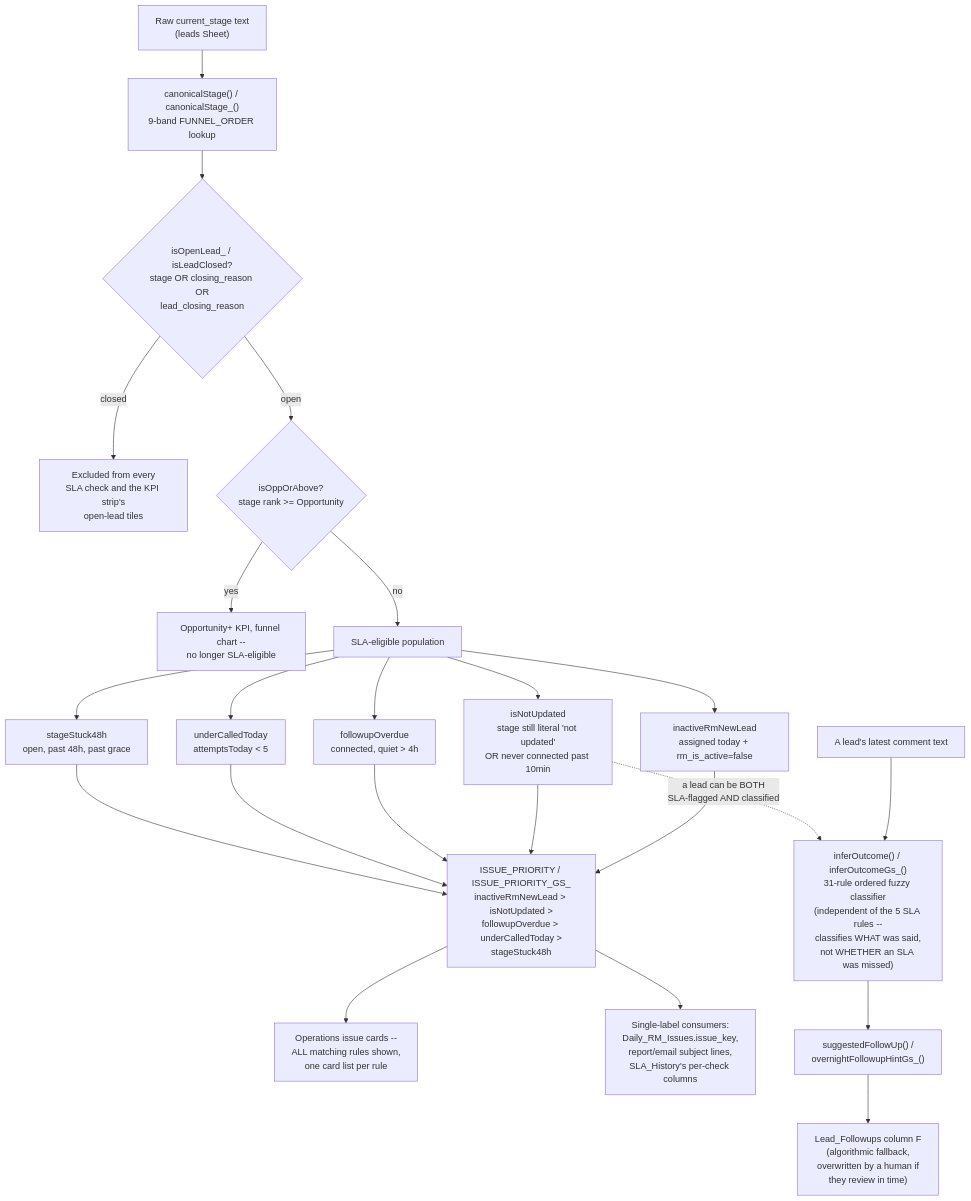
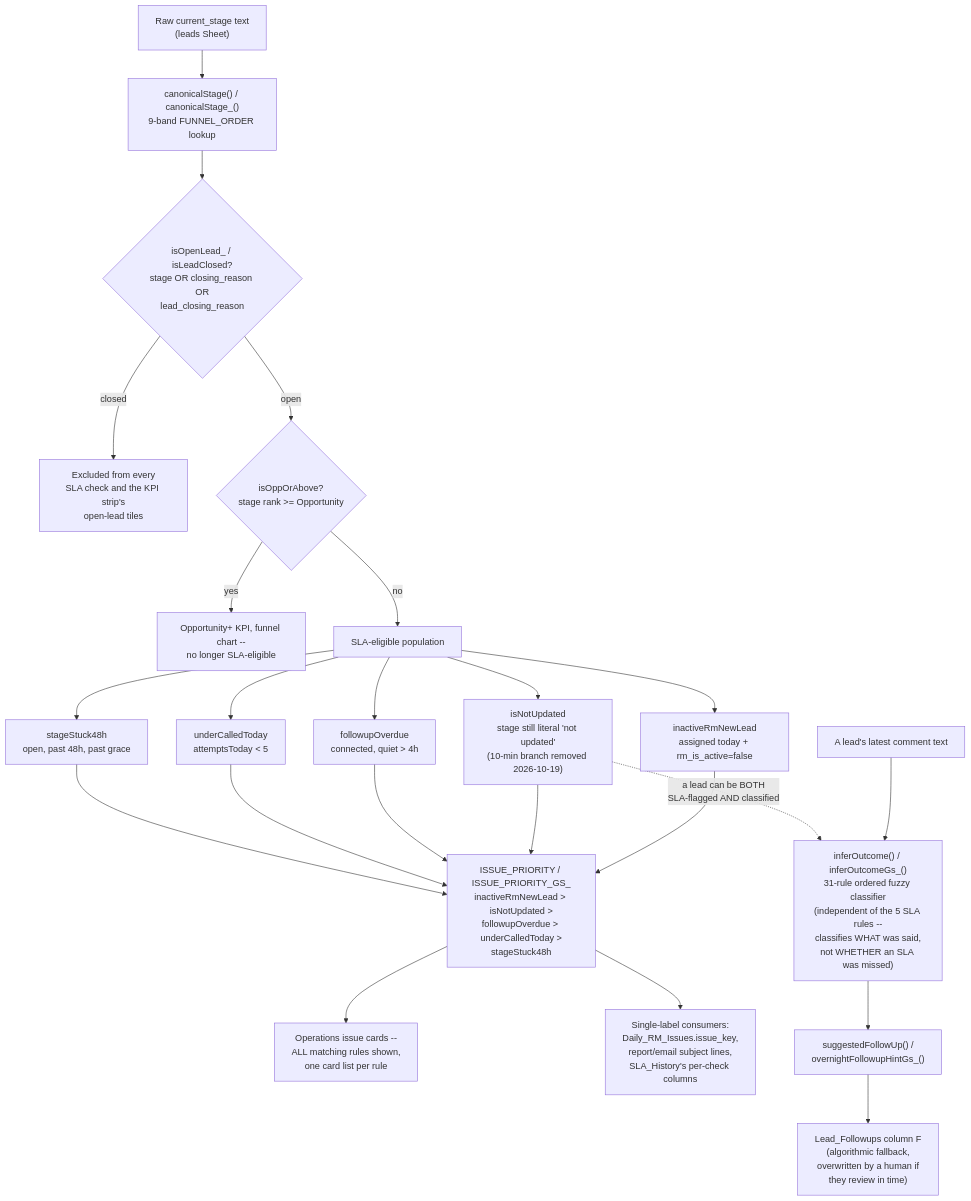
The fifth of 6 diagrams in LOGIC_AUDIT.md (snehilchhimwal-stack/leads-dashboard), drawn with Mermaid before and after one commit. The commit also changed 2 other files, not shown here.

Commit message:
Docs: canonical core issue rules (HANDOVER 4.3.10); mark 4.3.7/4.3.9 live; fix stale Not Updated diagram

````diff
--- a/LOGIC_AUDIT.md
+++ b/LOGIC_AUDIT.md
@@ -1751,30 +1751,30 @@
 ```mermaid
 flowchart TB
     RAW["Raw current_stage text\n(leads Sheet)"] --> CANON["canonicalStage() / canonicalStage_()\n9-band FUNNEL_ORDER lookup"]
     CANON --> OPEN{"isOpenLead_ / isLeadClosed?\nstage OR closing_reason OR\nlead_closing_reason"}
     OPEN -- closed --> EXCLUDED["Excluded from every\nSLA check and the KPI strip's\nopen-lead tiles"]
     OPEN -- open --> OPPCHECK{"isOppOrAbove?\nstage rank >= Opportunity"}
     OPPCHECK -- yes --> OPP["Opportunity+ KPI, funnel chart --\nno longer SLA-eligible"]
     OPPCHECK -- no --> SLAGATE["SLA-eligible population"]
 
     SLAGATE --> R1["inactiveRmNewLead\nassigned today + rm_is_active=false"]
-    SLAGATE --> R2["isNotUpdated\nstage still literal 'not updated'\nOR never connected past 10min"]
+    SLAGATE --> R2["isNotUpdated\nstage still literal 'not updated'\n(10-min branch removed 2026-10-19)"]
     SLAGATE --> R3["followupOverdue\nconnected, quiet > 4h"]
     SLAGATE --> R4["underCalledToday\nattemptsToday < 5"]
     SLAGATE --> R5["stageStuck48h\nopen, past 48h, past grace"]
 
     R1 --> PRI["ISSUE_PRIORITY / ISSUE_PRIORITY_GS_\ninactiveRmNewLead > isNotUpdated >\nfollowupOverdue > underCalledToday >\nstageStuck48h"]
     R2 --> PRI
     R3 --> PRI
     R4 --> PRI
     R5 --> PRI
 
     PRI --> CARDS["Operations issue cards --\nALL matching rules shown,\none card list per rule"]
     PRI --> SINGLE["Single-label consumers:\nDaily_RM_Issues.issue_key,\nreport/email subject lines,\nSLA_History's per-check columns"]
 
     COMMENTTEXT["A lead's latest comment text"] --> CLASSIFY["inferOutcome() / inferOutcomeGs_()\n31-rule ordered fuzzy classifier\n(independent of the 5 SLA rules --\nclassifies WHAT was said,\nnot WHETHER an SLA was missed)"]
     CLASSIFY --> SUGGEST["suggestedFollowUp() /\novernightFollowupHintGs_()"]
     SUGGEST --> FOLLOWUPCOL["Lead_Followups column F\n(algorithmic fallback,\noverwritten by a human if\nthey review in time)"]
 
     R2 -.->|"a lead can be BOTH\nSLA-flagged AND classified"| CLASSIFY
 ```
````
